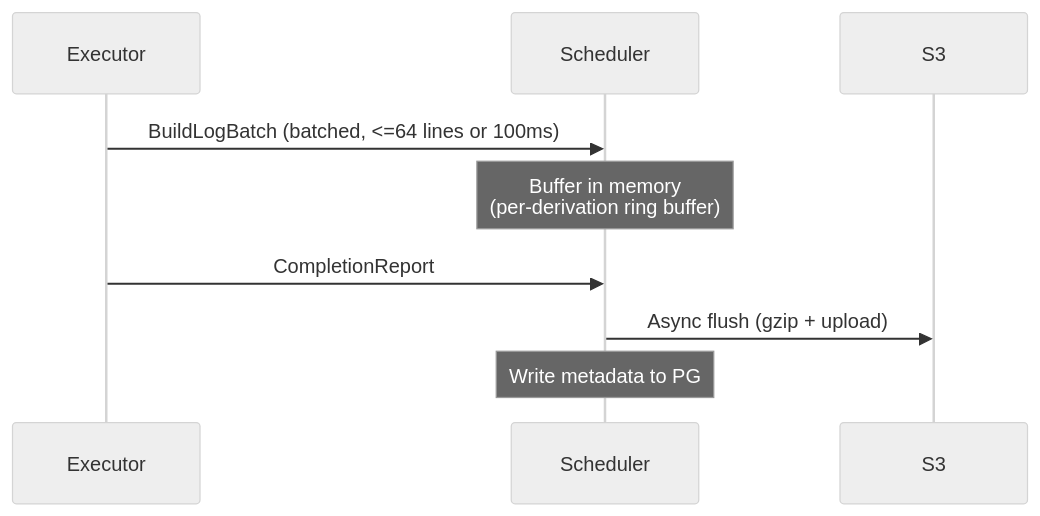
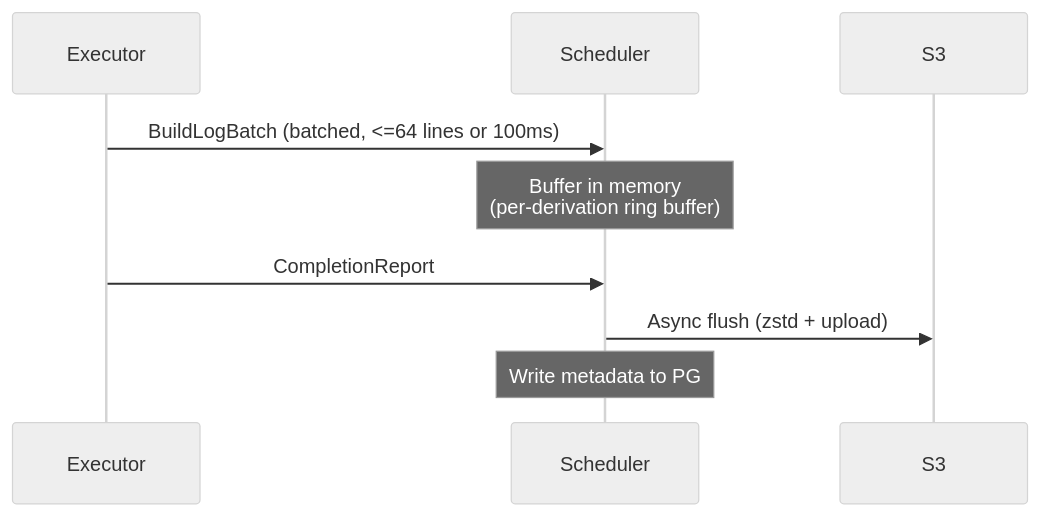
The diagram in docs/src/observability.md (Mic92/rio-build), drawn with Mermaid (neutral theme) before and after one commit. The commit also changed other lines of this file and 19 other files, not shown here.

First line of the commit message:
feat(rio-scheduler): zstd:6 for build logs (drops flate2; phase=gzip→compress label rename)

````diff
--- a/docs/src/observability.md
+++ b/docs/src/observability.md
@@ -27,12 +27,12 @@
 ```mermaid
 sequenceDiagram
     participant Executor
     participant Scheduler
     participant S3
 
     Executor->>Scheduler: BuildLogBatch (batched, <=64 lines or 100ms)
     Note over Scheduler: Buffer in memory<br/>(per-derivation ring buffer)
     Executor->>Scheduler: CompletionReport
-    Scheduler->>S3: Async flush (gzip + upload)
+    Scheduler->>S3: Async flush (zstd + upload)
     Note over Scheduler: Write metadata to PG
 ```
````
